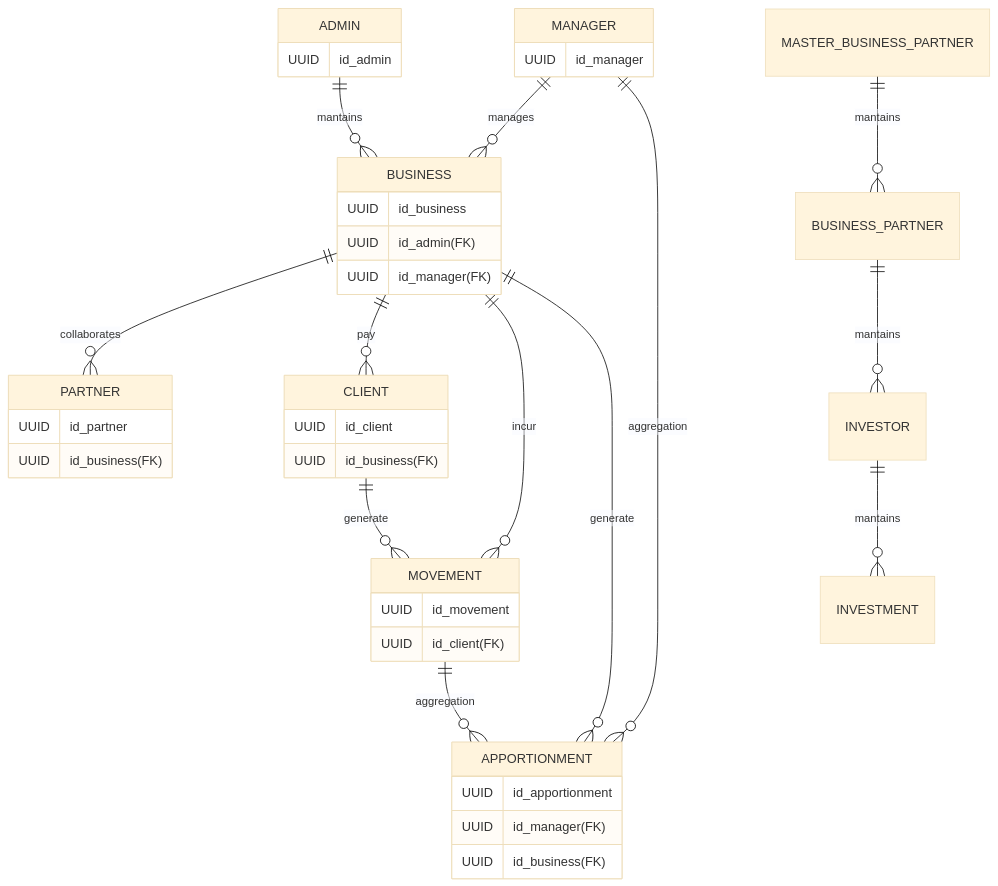
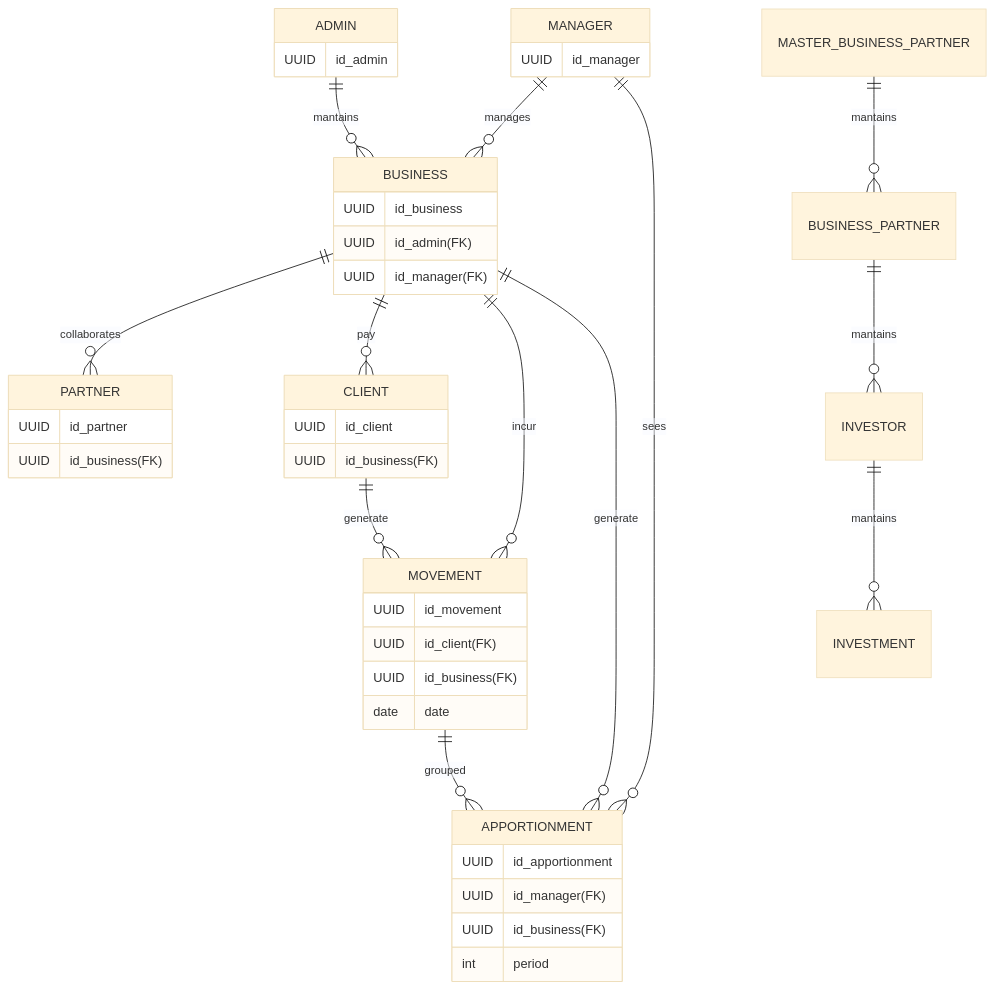
Before and after one commit to git-jrm/management-system: the first of 4 diagrams in ARCHITECTURE.md, drawn with Mermaid (base theme). The commit also changed other lines of this file, not shown here.

````diff
--- a/ARCHITECTURE.md
+++ b/ARCHITECTURE.md
@@ -5,45 +5,48 @@
 ```mermaid
 erDiagram
     ADMIN ||--o{ BUSINESS : mantains
     BUSINESS ||--o{ PARTNER : collaborates
     BUSINESS ||--o{ CLIENT : pay
     PARTNER
     MANAGER ||--o{ BUSINESS : manages
     CLIENT ||--o{ MOVEMENT : generate
     BUSINESS ||--o{ MOVEMENT : incur
     BUSINESS ||--o{ APPORTIONMENT : generate
-    MOVEMENT ||--o{ APPORTIONMENT : aggregation
-    MANAGER ||--o{ APPORTIONMENT : aggregation
+    MOVEMENT ||--o{ APPORTIONMENT : grouped
+    MANAGER ||--o{ APPORTIONMENT : sees
     ADMIN {
         UUID id_admin
     }
     MANAGER {
         UUID id_manager
     }
     BUSINESS {
         UUID id_business
         UUID id_admin(FK)
         UUID id_manager(FK)
     }
     PARTNER {
         UUID id_partner
         UUID id_business(FK)
     }
     APPORTIONMENT{ 
         UUID id_apportionment
         UUID id_manager(FK)
         UUID id_business(FK)
+        int period
     }
     CLIENT {
         UUID id_client
         UUID id_business(FK)
     }
     MOVEMENT {
         UUID id_movement
         UUID id_client(FK)
+        UUID id_business(FK)
+        date date
     }
 
     INVESTOR ||--o{ INVESTMENT : mantains
     BUSINESS_PARTNER ||--o{ INVESTOR : mantains
     MASTER_BUSINESS_PARTNER ||--o{ BUSINESS_PARTNER : mantains
 ```
````
